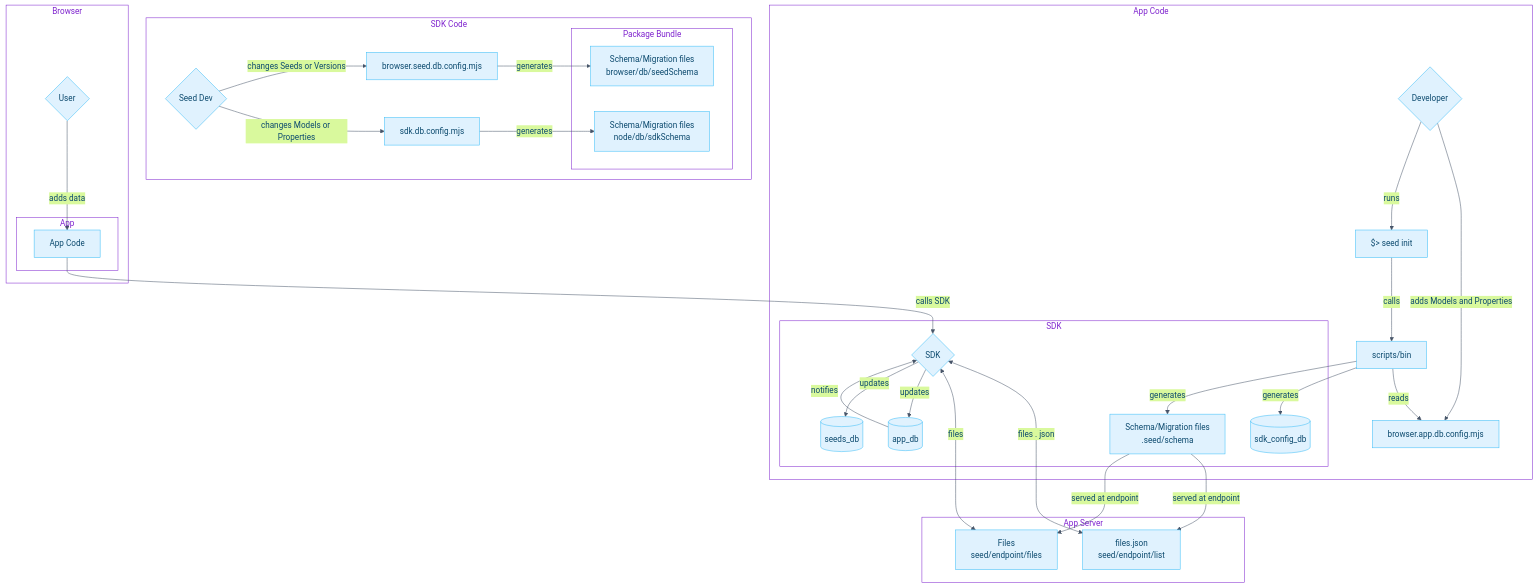
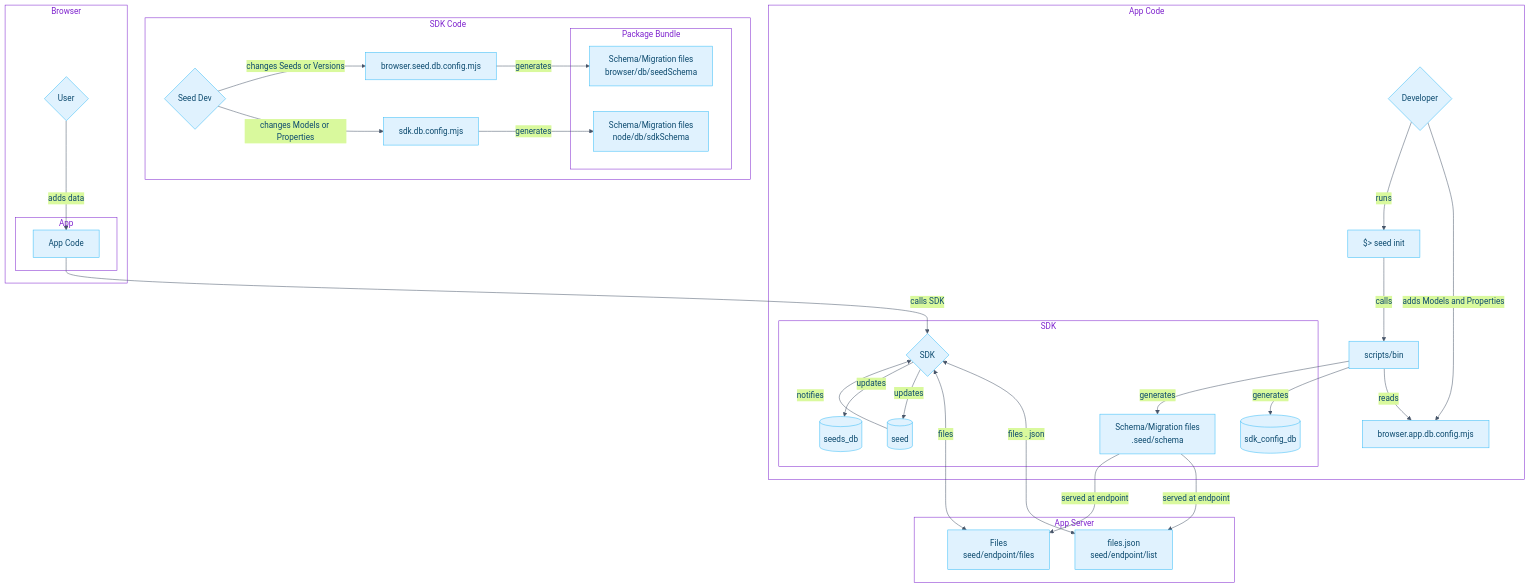
One commit to JournoLabs/seed-protocol-sdk changed the first of 2 diagrams in README.md. Above: the diagram before and after it, drawn with Mermaid. The commit also changed 51 other files, not shown here.

```diff
--- a/README.md
+++ b/README.md
@@ -272,7 +272,7 @@
     N{SDK}
     Q[App Code]
     D[(sdk_config_db)]
-    E[(app_db)]
+    E[(seed)]
     L[(seeds_db)]
     G[Schema/Migration files
     browser/db/seedSchema]
```
